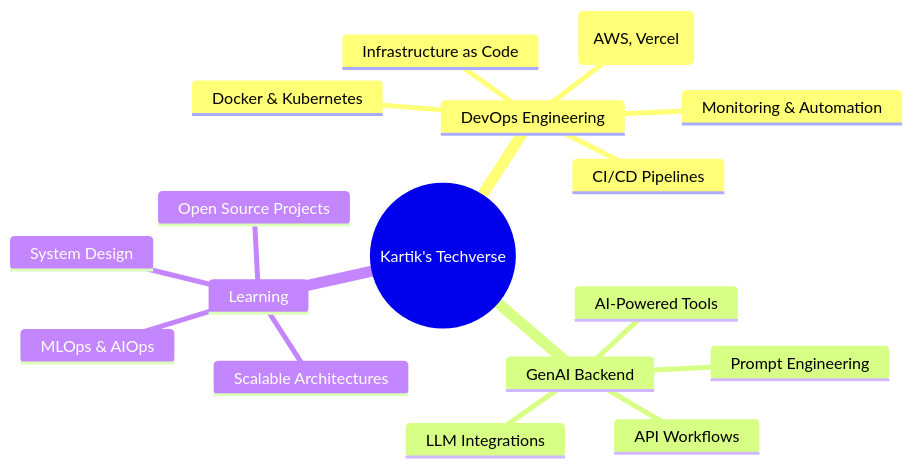
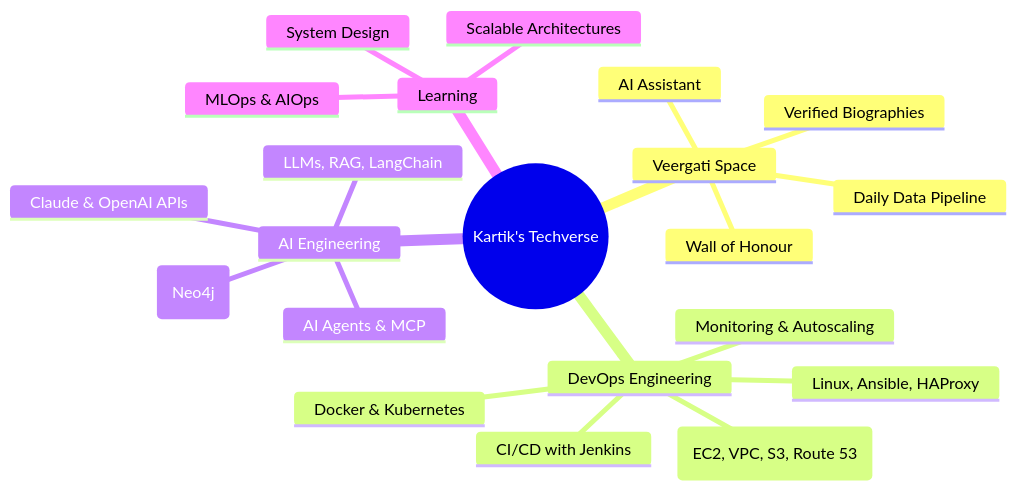
The diagram in README.md (Kartikk-26/Kartikk-26), drawn with Mermaid before and after one commit. The commit also changed other lines of this file and 2 other files, not shown here.

First line of the commit message:
content: lead with Veergati Space, add experience

````diff
--- a/README.md
+++ b/README.md
@@ -112,32 +159,36 @@
 ```mermaid
 %%{init: {'theme':'default', 'themeVariables': {
   'primaryColor':'#8B5CF6',
   'primaryTextColor':'#FFFFFF',
   'primaryBorderColor':'#7C3AED',
   'lineColor':'#A78BFA',
   'secondaryColor':'#5EEAD4',
   'tertiaryColor':'#99F6E4',
   'background':'#F8FAFC',
   'mainBkg':'#8B5CF6',
   'secondBkg':'#5EEAD4',
   'tertiaryBkg':'#A78BFA'
 }}}%%
 mindmap
   root((Kartik's Techverse))
+    Veergati Space
+      Wall of Honour
+      Daily Data Pipeline
+      Verified Biographies
+      AI Assistant
     DevOps Engineering
-      CI/CD Pipelines
-      Infrastructure as Code
+      CI/CD with Jenkins
       Docker & Kubernetes
-      Cloud Deployment (AWS, Vercel)
-      Monitoring & Automation
-    GenAI Backend
-      LLM Integrations
-      API Workflows
-      Prompt Engineering
-      AI-Powered Tools
+      Linux, Ansible, HAProxy
+      AWS (EC2, VPC, S3, Route 53)
+      Monitoring & Autoscaling
+    AI Engineering
+      LLMs, RAG, LangChain
+      AI Agents & MCP
+      Claude & OpenAI APIs
+      Knowledge Graphs (Neo4j)
     Learning
       System Design
       MLOps & AIOps
       Scalable Architectures
-      Open Source Projects
 ```
````
